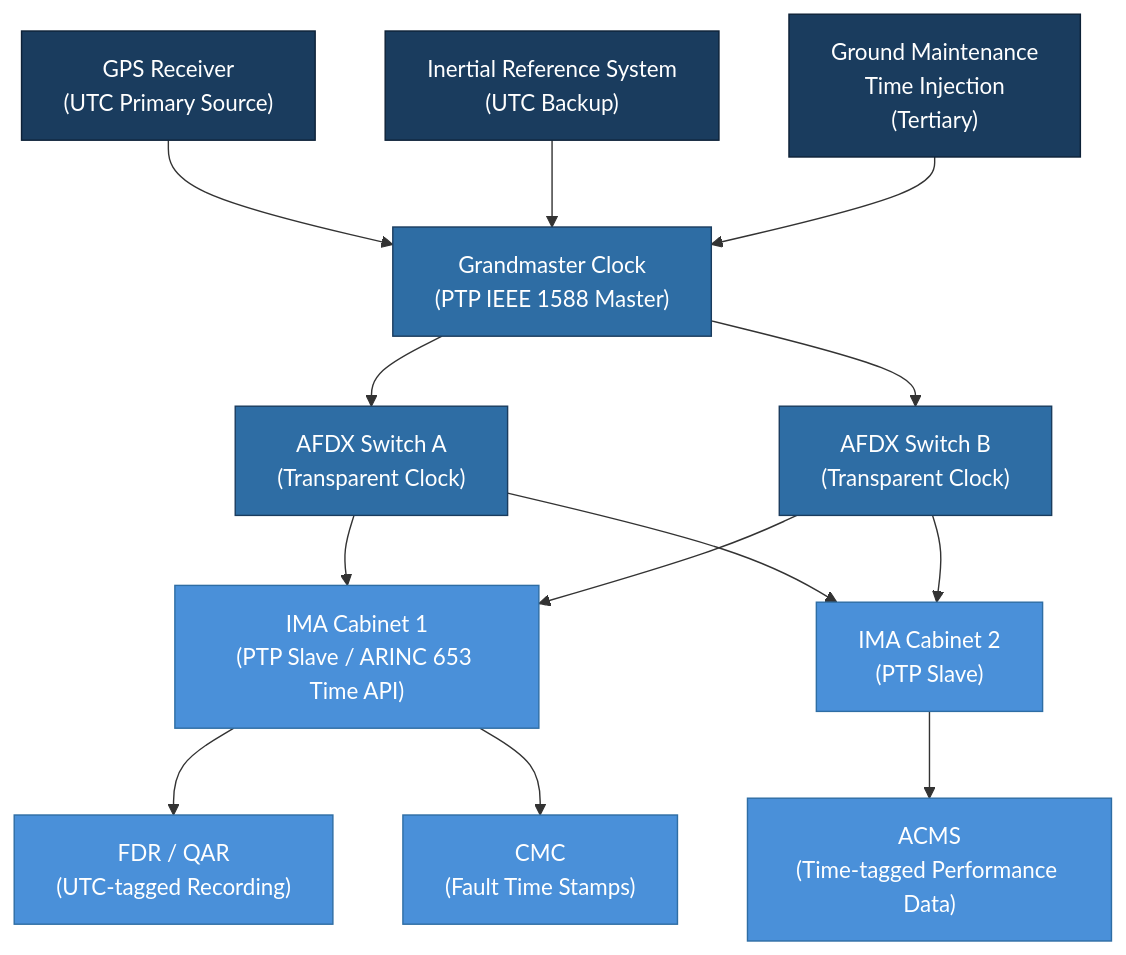
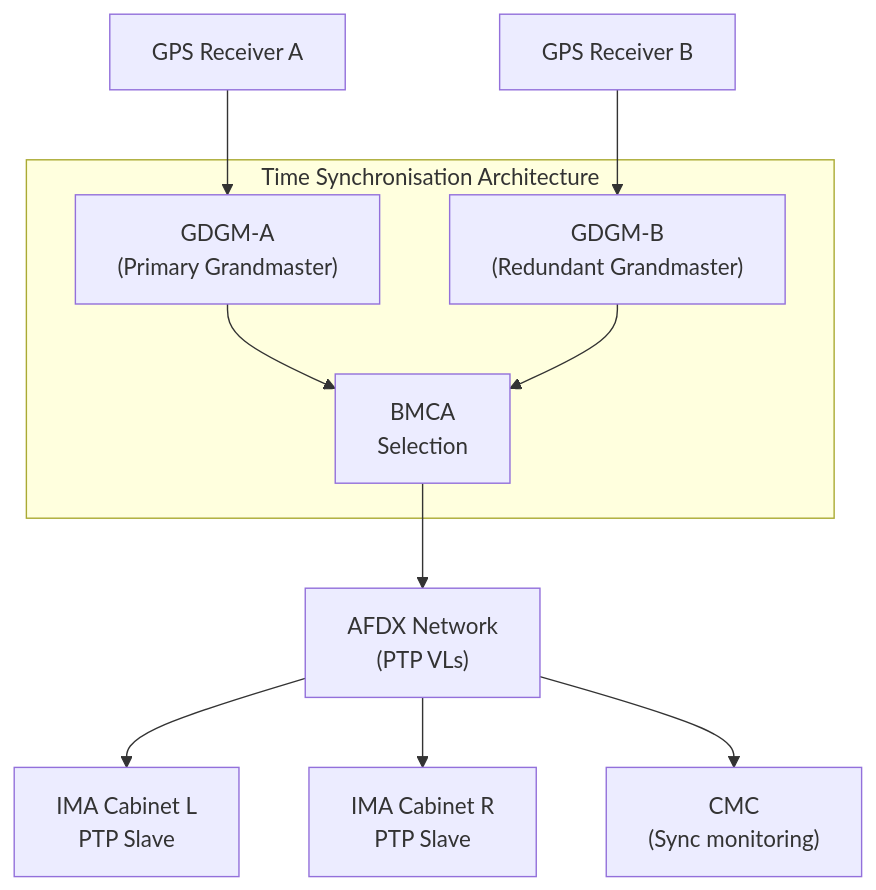
Before and after one commit to AmedeoPelliccia/Qplus-For-All-Queer-People-and-Quantum: the first of 3 diagrams in Q+ATLANTIDE/000-099_ATLAS/040-049_Avionica-Informacion-y-APU/040_Multisystem/040-060-Time-Synchronization-and-Data-Integrity.md, drawn with Mermaid. The commit also changed other lines of this file and 6 other files, not shown here.

````diff
--- a/Q+ATLANTIDE/000-099_ATLAS/040-049_Avionica-Informacion-y-APU/040_Multisystem/040-060-Time-Synchronization-and-Data-Integrity.md
+++ b/Q+ATLANTIDE/000-099_ATLAS/040-049_Avionica-Informacion-y-APU/040_Multisystem/040-060-Time-Synchronization-and-Data-Integrity.md
@@ -66,29 +142,18 @@
 ```mermaid
-flowchart TD
-    GPS["GPS Receiver\n(UTC Primary Source)"]
-    IRS["Inertial Reference System\n(UTC Backup)"]
-    GND["Ground Maintenance\nTime Injection\n(Tertiary)"]
+graph TB
+    subgraph TimingArch["Time Synchronisation Architecture"]
+        GDGM_A["GDGM-A\n(Primary Grandmaster)"]
+        GDGM_B["GDGM-B\n(Redundant Grandmaster)"]
+        BMCA["BMCA\nSelection"]
+    end
+    GPS_A["GPS Receiver A"]
+    GPS_B["GPS Receiver B"]
+    AFDX["AFDX Network\n(PTP VLs)"]
+    IMA_L["IMA Cabinet L\nPTP Slave"]
+    IMA_R["IMA Cabinet R\nPTP Slave"]
+    CMC["CMC\n(Sync monitoring)"]
 
-    GPS --> GMC["Grandmaster Clock\n(PTP IEEE 1588 Master)"]
-    IRS --> GMC
-    GND --> GMC
-
-    GMC --> SW_A["AFDX Switch A\n(Transparent Clock)"]
-    GMC --> SW_B["AFDX Switch B\n(Transparent Clock)"]
-
-    SW_A --> IMA1["IMA Cabinet 1\n(PTP Slave / ARINC 653 Time API)"]
-    SW_B --> IMA1
-    SW_A --> IMA2["IMA Cabinet 2\n(PTP Slave)"]
-    SW_B --> IMA2
-
-    IMA1 --> FDR["FDR / QAR\n(UTC-tagged Recording)"]
-    IMA1 --> CMC["CMC\n(Fault Time Stamps)"]
-    IMA2 --> ACMS["ACMS\n(Time-tagged Performance Data)"]
-
-    classDef source fill:#1a3c5e,color:#fff,stroke:#0d2137
-    classDef net fill:#2e6da4,color:#fff,stroke:#1a3c5e
-    classDef consumer fill:#4a90d9,color:#fff,stroke:#2e6da4
-    class GPS,IRS,GND source
-    class GMC,SW_A,SW_B net
-    class IMA1,IMA2,FDR,CMC,ACMS consumer
+    GPS_A --> GDGM_A --> BMCA
+    GPS_B --> GDGM_B --> BMCA
+    BMCA --> AFDX --> IMA_L & IMA_R & CMC
 ```
````
